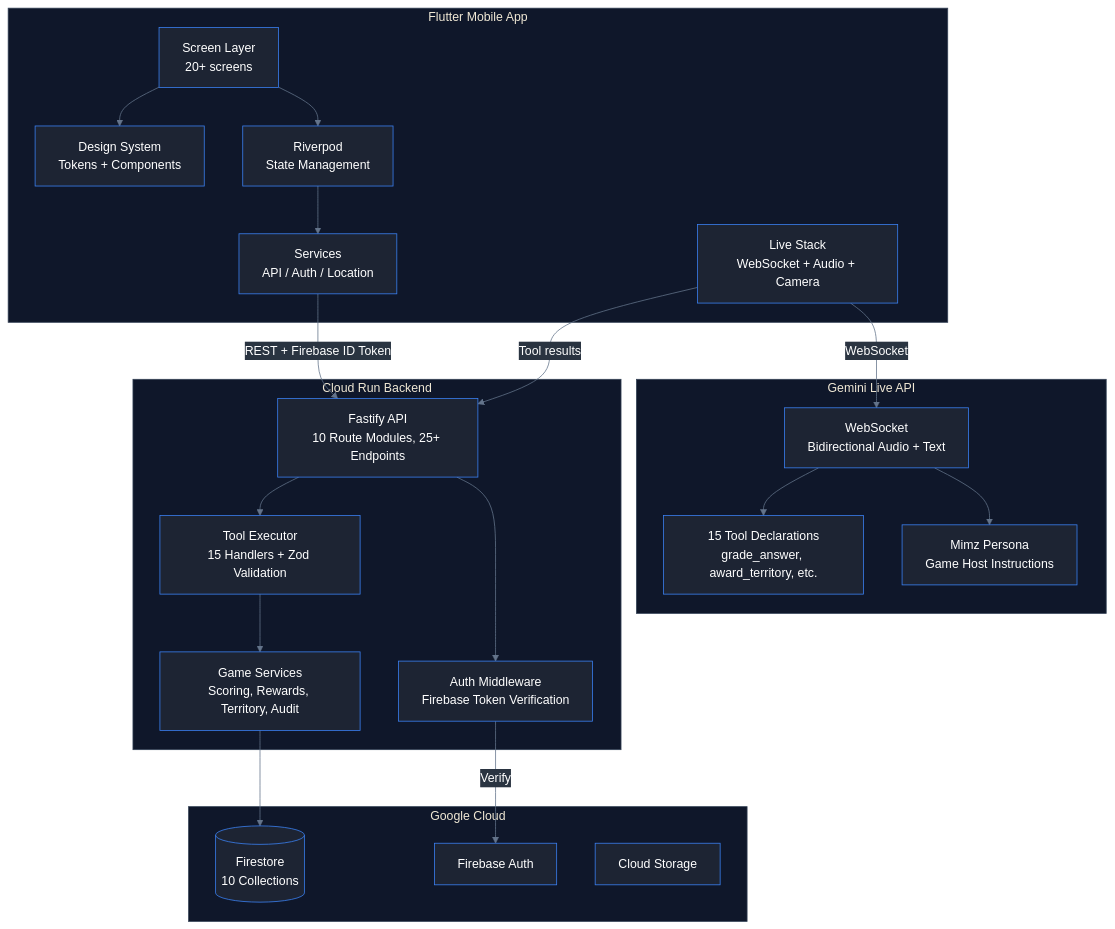
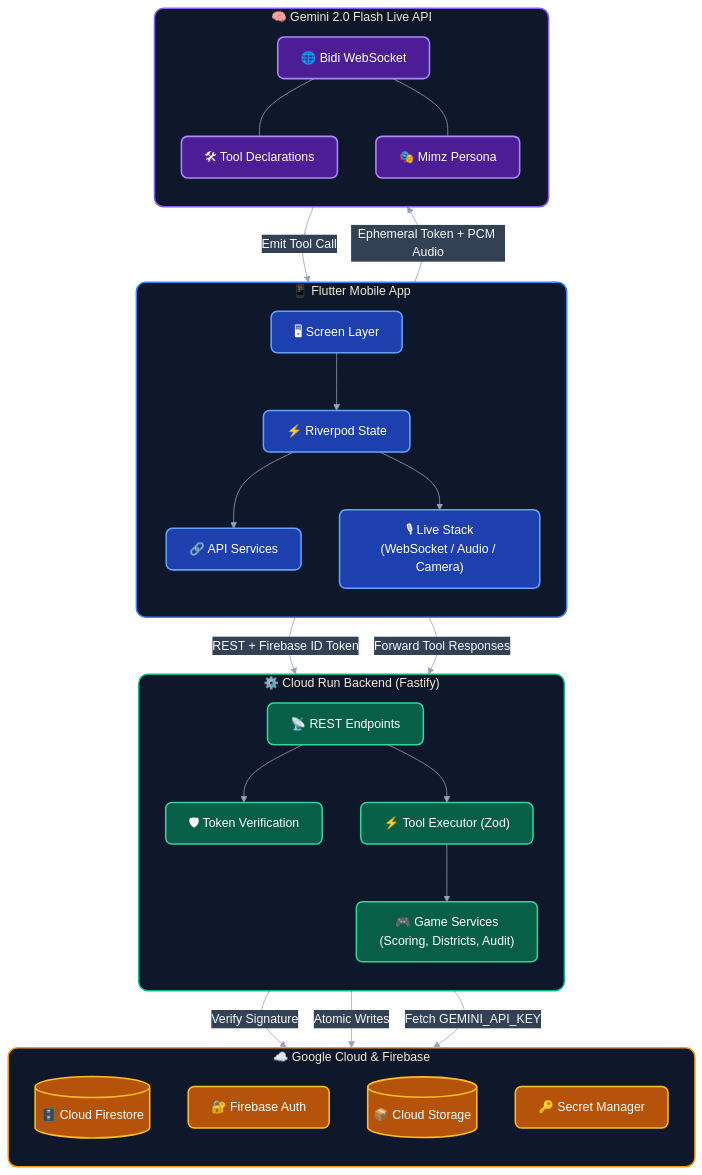
One commit to AmirmLotfy/mimz changed the diagram in docs/assets/architecture.mmd. Above: the diagram before and after it, drawn with Mermaid. The commit also changed 1 other file, not shown here.

Commit message:
docs: overhaul architecture diagram for hyper-accuracy and premium stying

```diff
--- a/docs/assets/architecture.mmd
+++ b/docs/assets/architecture.mmd
@@ -1,58 +1,89 @@
 %%{init: {
   'theme': 'base',
   'themeVariables': {
-    'primaryColor': '#1D2433',
-    'primaryTextColor': '#FFFFFF',
-    'primaryBorderColor': '#3B82F6',
-    'lineColor': '#64748B',
-    'secondaryColor': '#2A3441',
+    'primaryColor': '#1E293B',
+    'primaryTextColor': '#F8FAFC',
+    'primaryBorderColor': '#38BDF8',
+    'lineColor': '#94A3B8',
+    'secondaryColor': '#334155',
     'tertiaryColor': '#0F172A',
     'clusterBkg': '#0F172A',
-    'clusterBorder': '#334155',
-    'nodeBorder': '#3B82F6',
-    'mainBkg': '#1D2433',
+    'clusterBorder': '#475569',
+    'nodeBorder': '#38BDF8',
+    'mainBkg': '#0B1120',
     'fontSize': '16px',
     'fontFamily': 'system-ui, -apple-system, sans-serif'
   }
 }}%%
 graph TB
-    subgraph "Flutter Mobile App"
-        UI["Screen Layer<br>20+ screens"]
-        DS["Design System<br>Tokens + Components"]
-        RP["Riverpod<br>State Management"]
-        LIVE["Live Stack<br>WebSocket + Audio + Camera"]
-        SVC["Services<br>API / Auth / Location"]
+    subgraph Client ["📱 Flutter Mobile App"]
+        direction TB
+        UI["🖥 Screen Layer"]
+        RP["⚡ Riverpod State"]
+        LIVE["🎙 Live Stack<br>(WebSocket / Audio / Camera)"]
+        SVC["🔗 API Services"]
     end
 
-    subgraph "Gemini Live API"
-        WS["WebSocket<br>Bidirectional Audio + Text"]
-        TOOLS["15 Tool Declarations<br>grade_answer, award_territory, etc."]
-        PERSONA["Mimz Persona<br>Game Host Instructions"]
+    subgraph AI ["🧠 Gemini 2.0 Flash Live API"]
+        direction TB
+        WS["🌐 Bidi WebSocket"]
+        TOOLS["🛠 Tool Declarations"]
+        PERSONA["🎭 Mimz Persona"]
     end
 
-    subgraph "Cloud Run Backend"
-        API["Fastify API<br>10 Route Modules, 25+ Endpoints"]
-        AUTH["Auth Middleware<br>Firebase Token Verification"]
-        EXEC["Tool Executor<br>15 Handlers + Zod Validation"]
-        GSVC["Game Services<br>Scoring, Rewards, Territory, Audit"]
+    subgraph Server ["⚙️ Cloud Run Backend (Fastify)"]
+        direction TB
+        API["📡 REST Endpoints"]
+        AUTH["🛡 Token Verification"]
+        EXEC["⚡ Tool Executor (Zod)"]
+        GSVC["🎮 Game Services<br>(Scoring, Districts, Audit)"]
     end
 
-    subgraph "Google Cloud"
-        FS[("Firestore<br>10 Collections")]
-        FA["Firebase Auth"]
-        GCS["Cloud Storage"]
+    subgraph Cloud ["☁️ Google Cloud & Firebase"]
+        direction TB
+        FS[("🗄️ Cloud Firestore")]
+        FA["🔐 Firebase Auth"]
+        GCS[("📦 Cloud Storage")]
+        SM["🔑 Secret Manager"]
     end
 
-    UI --> DS
+    %% Internal Client Flow
     UI --> RP
     RP --> SVC
-    SVC -->|"REST + Firebase ID Token"| API
-    LIVE -->|"WebSocket"| WS
-    LIVE -->|"Tool results"| API
+    RP --> LIVE
+
+    %% Client communicating outside
+    SVC -- "REST + Firebase ID Token" --> API
+    LIVE -- "Ephemeral Token + PCM Audio" --> WS
+    LIVE -- "Forward Tool Responses" --> API
+
+    %% AI internals
+    WS --- TOOLS
+    WS --- PERSONA
+
+    %% AI talking directly to Client
+    WS -- "Emit Tool Call" --> LIVE
+
+    %% Backend Flow
     API --> AUTH
-    AUTH -->|"Verify"| FA
+    AUTH -- "Verify Signature" --> FA
     API --> EXEC
     EXEC --> GSVC
-    GSVC --> FS
-    WS --> TOOLS
-    WS --> PERSONA
+    GSVC -- "Atomic Writes" --> FS
+    API -- "Fetch GEMINI_API_KEY" --> SM
+
+    %% Styling
+    classDef clientNode fill:#1e40af,stroke:#60a5fa,stroke-width:2px,color:#fff,rx:8,ry:8;
+    classDef aiNode fill:#4c1d95,stroke:#a78bfa,stroke-width:2px,color:#fff,rx:8,ry:8;
+    classDef serverNode fill:#065f46,stroke:#34d399,stroke-width:2px,color:#fff,rx:8,ry:8;
+    classDef cloudNode fill:#b45309,stroke:#fbbf24,stroke-width:2px,color:#fff,rx:8,ry:8;
+
+    class UI,RP,LIVE,SVC clientNode;
+    class WS,TOOLS,PERSONA aiNode;
+    class API,AUTH,EXEC,GSVC serverNode;
+    class FS,FA,GCS,SM cloudNode;
+
+    style Client fill:#0f172a,stroke:#3b82f6,stroke-width:2px,rx:12,ry:12
+    style AI fill:#0f172a,stroke:#8b5cf6,stroke-width:2px,rx:12,ry:12
+    style Server fill:#0f172a,stroke:#10b981,stroke-width:2px,rx:12,ry:12
+    style Cloud fill:#0f172a,stroke:#f59e0b,stroke-width:2px,rx:12,ry:12
```
